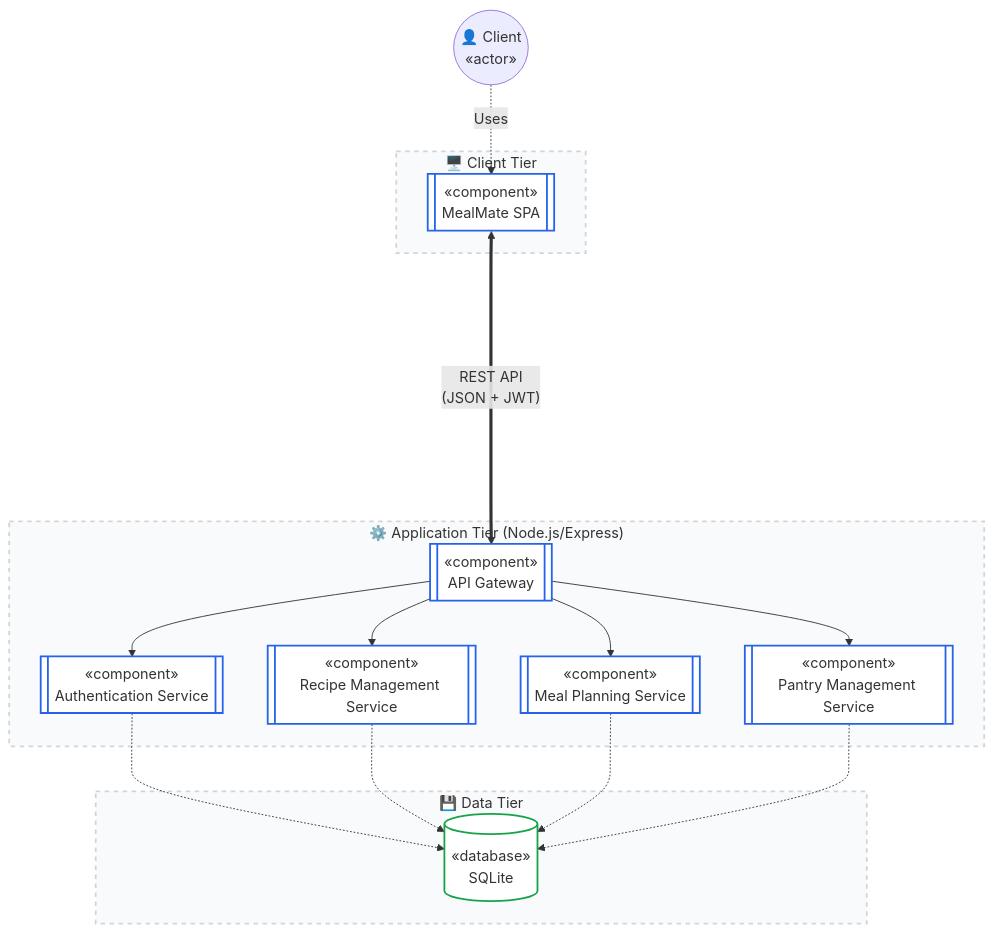
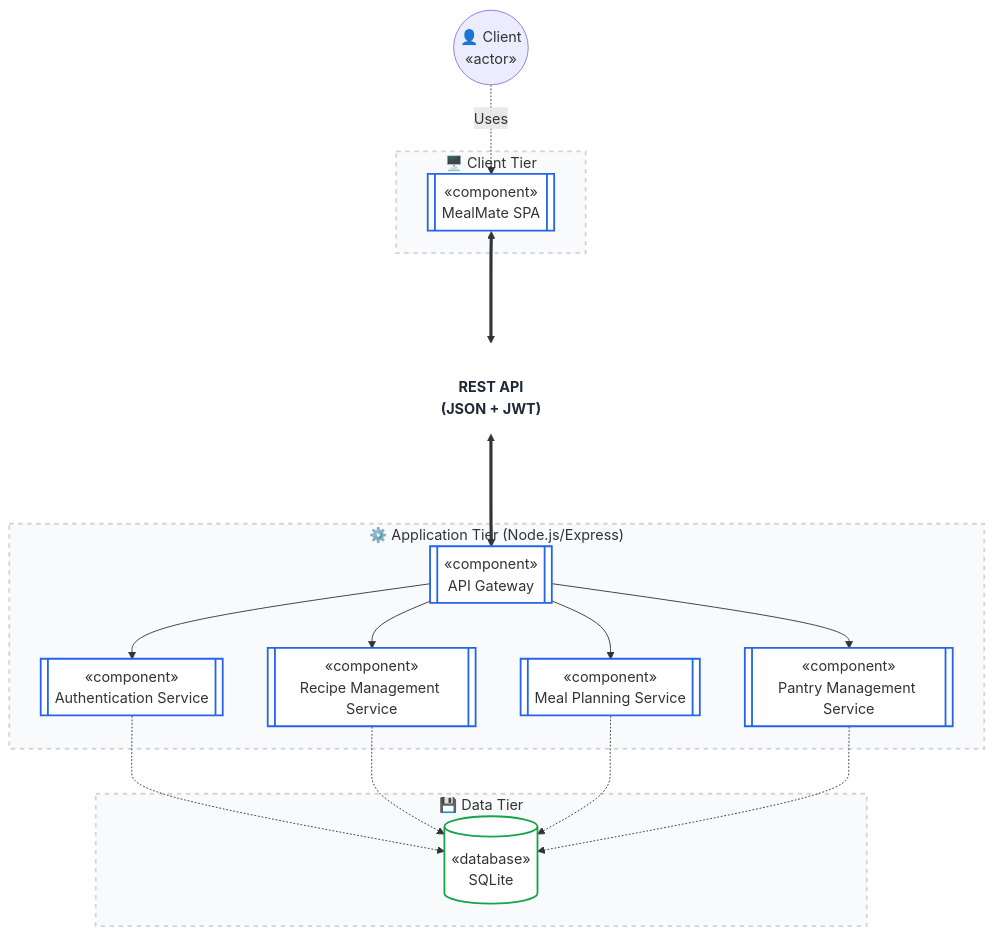
The second of 4 diagrams in docs/UML_DIAGRAMS.md (OmarIUBH/software-engineering-project), drawn with Mermaid before and after one commit.

Commit message:
docs: resolve diagram overlap by using borderless text node

````diff
--- a/docs/UML_DIAGRAMS.md
+++ b/docs/UML_DIAGRAMS.md
@@ -50,44 +50,48 @@
 ```mermaid
 flowchart TD
     %% Custom Styling for Academic Presentation
     classDef layerBox fill:#f9fafb,stroke:#d1d5db,stroke-width:2px,stroke-dasharray: 5 5;
     classDef compNode fill:#ffffff,stroke:#2563eb,stroke-width:2px;
     classDef dbNode fill:#ffffff,stroke:#16a34a,stroke-width:2px;
+    classDef plainNode fill:none,stroke:none,color:#1f2937,font-weight:bold;
 
     Client(("👤 Client\n«actor»"))
 
     subgraph ClientLayer ["🖥️ Client Tier"]
         SPA[["«component»\nMealMate SPA"]]:::compNode
     end
 
     subgraph ServerLayer ["⚙️ Application Tier (Node.js/Express)"]
         Gateway[["«component»\nAPI Gateway"]]:::compNode
         
         AuthService[["«component»\nAuthentication Service"]]:::compNode
         RecipeService[["«component»\nRecipe Management Service"]]:::compNode
         MealPlanService[["«component»\nMeal Planning Service"]]:::compNode
         PantryService[["«component»\nPantry Management Service"]]:::compNode
 
         Gateway --> AuthService
         Gateway --> RecipeService
         Gateway --> MealPlanService
         Gateway --> PantryService
     end
 
     subgraph DataLayer ["💾 Data Tier"]
         DB[("«database»\nSQLite")]:::dbNode
     end
 
+    %% Central API Interface (creates spacing to prevent border overlap)
+    RestAPI[("REST API\n(JSON + JWT)")]:::plainNode
+
     %% Interactions
     Client -.->|"Uses"| SPA
-    SPA <======>|"REST API\n(JSON + JWT)"| Gateway
+    SPA <===> RestAPI <===> Gateway
     
     %% Data Operations
     AuthService -.-> DB
     RecipeService -.-> DB
     MealPlanService -.-> DB
     PantryService -.-> DB
 
     %% Apply structural styling
     class ClientLayer,ServerLayer,DataLayer layerBox
 ```
````
